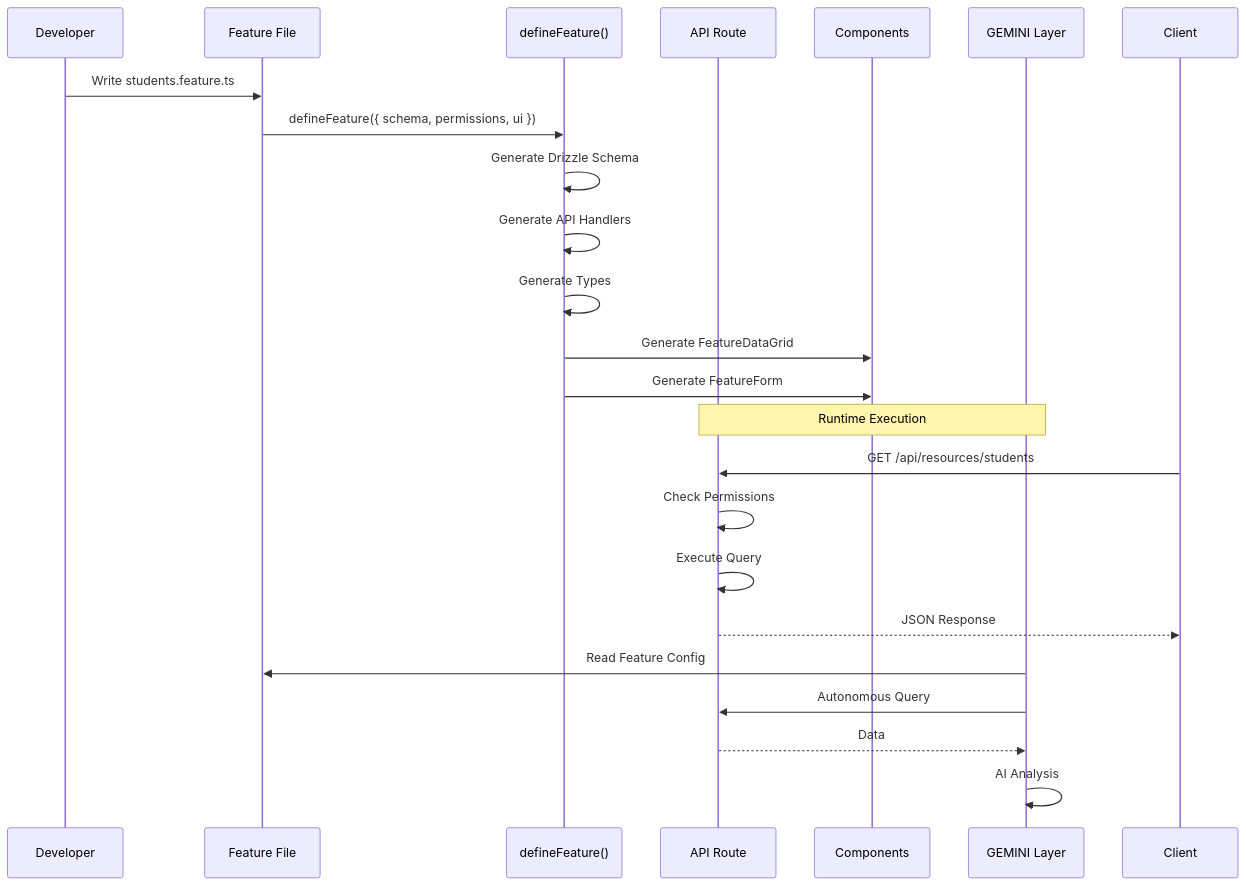
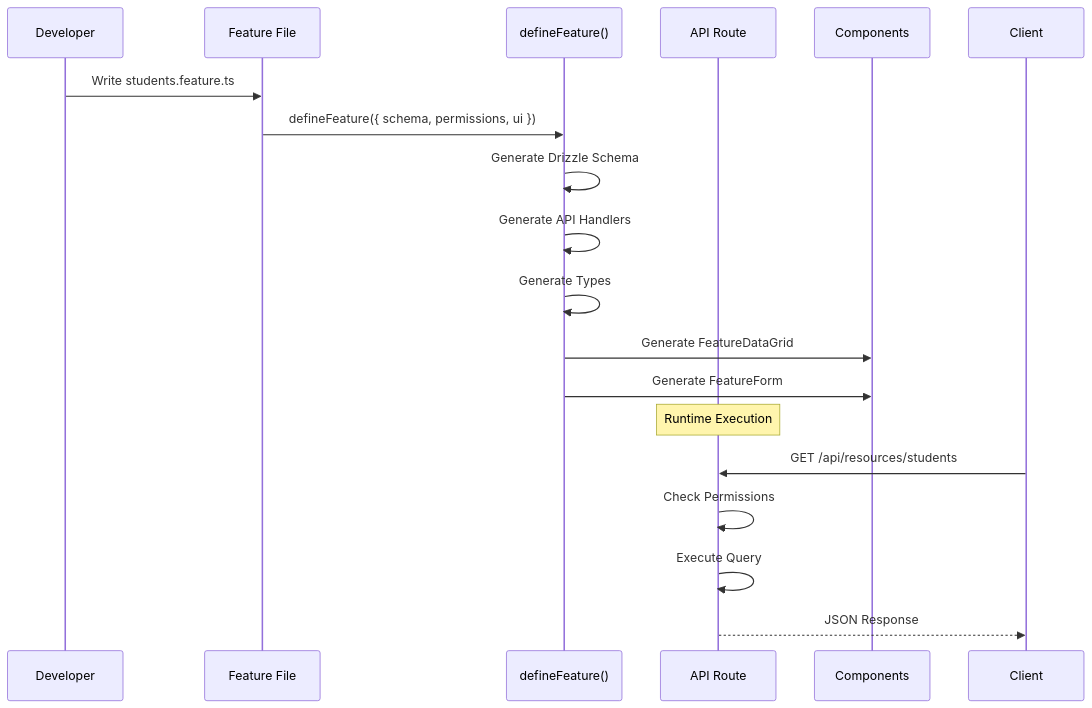
Before and after one commit to raplyhollow-cmd/bhutaneduskill: the third of 9 diagrams in docs/diagrams/unified-architecture.mmd, drawn with Mermaid. The commit also changed other lines of this file and 13 other files, not shown here.

````diff
--- a/docs/diagrams/unified-architecture.mmd
+++ b/docs/diagrams/unified-architecture.mmd
@@ -87,29 +130,23 @@
 ```mermaid
 sequenceDiagram
     participant Dev as Developer
     participant F as Feature File
     participant D as defineFeature()
     participant A as API Route
     participant C as Components
-    participant G as GEMINI Layer
 
     Dev->>F: Write students.feature.ts
     F->>D: defineFeature({ schema, permissions, ui })
     D->>D: Generate Drizzle Schema
     D->>D: Generate API Handlers
     D->>D: Generate Types
     D->>C: Generate FeatureDataGrid
     D->>C: Generate FeatureForm
 
-    Note over A,G: Runtime Execution
+    Note over A: Runtime Execution
 
     Client->>A: GET /api/resources/students
     A->>A: Check Permissions
     A->>A: Execute Query
     A-->>Client: JSON Response
-
-    G->>F: Read Feature Config
-    G->>A: Autonomous Query
-    A-->>G: Data
-    G->>G: AI Analysis
 ```
````
